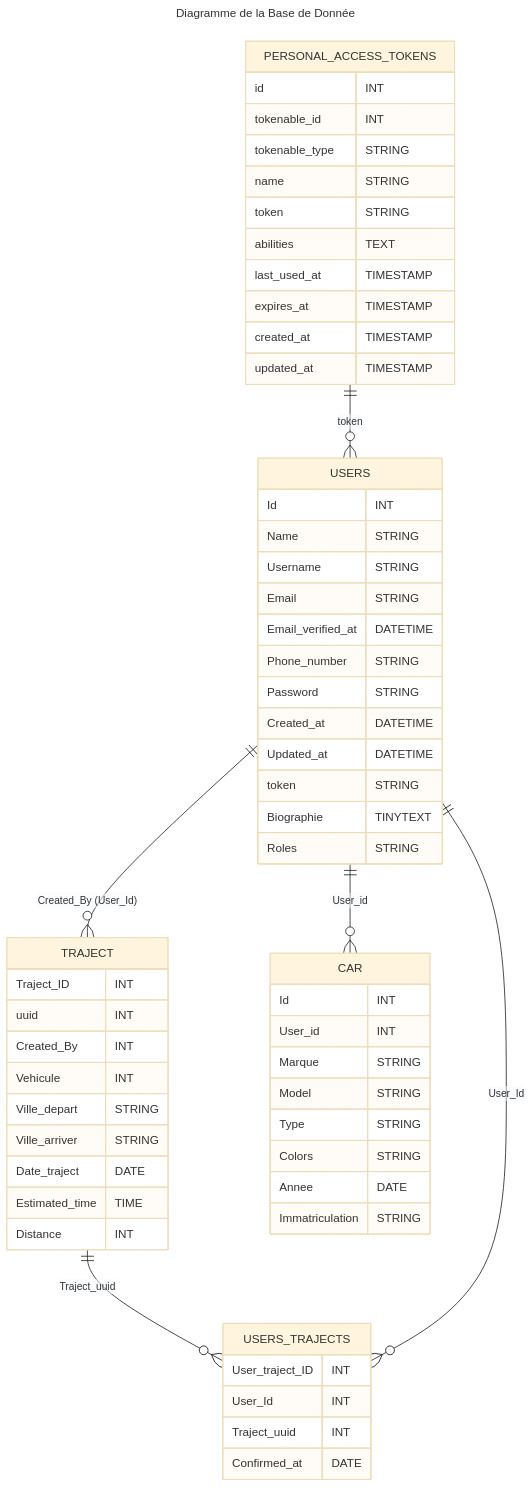
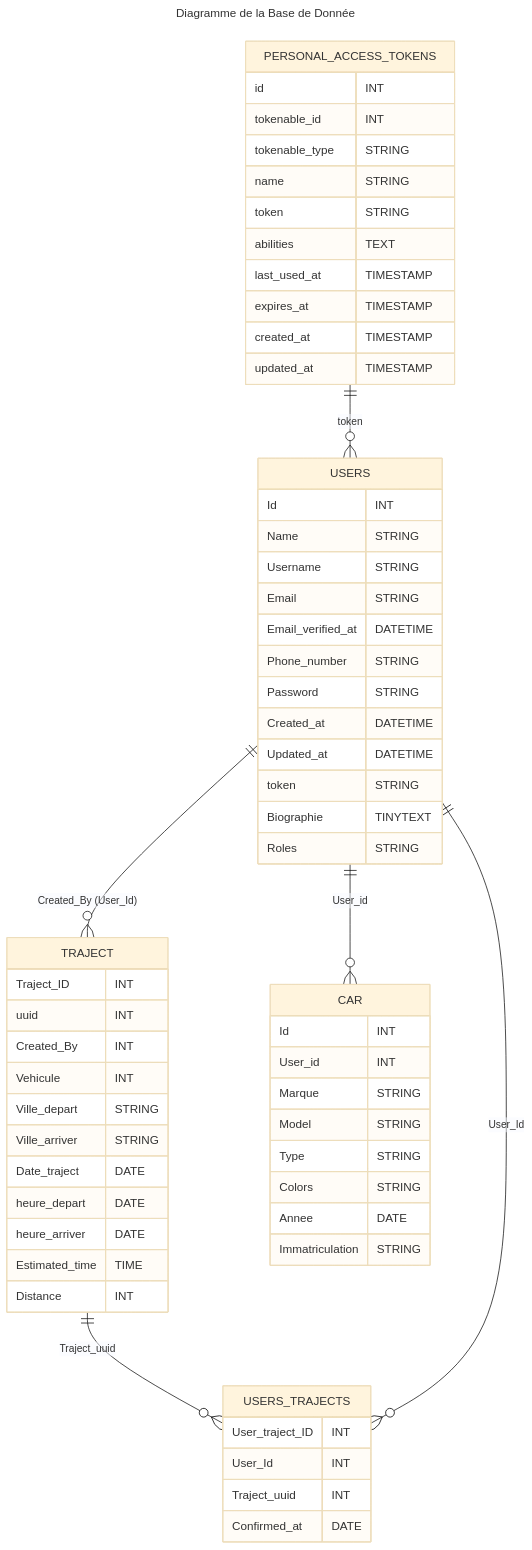
One commit to H-Devs-Inc/Vroomeco changed the diagram in README.md. Above: the diagram before and after it, drawn with Mermaid (base theme). The commit also changed other lines of this file and 4 other files, not shown here.

````diff
--- a/README.md
+++ b/README.md
@@ -87,70 +154,72 @@
 ```mermaid
 ---
 title: Diagramme de la Base de Donnée 
 ---
 erDiagram
     USERS {
         Id INT
         Name STRING
         Username STRING
         Email STRING
         Email_verified_at DATETIME
         Phone_number STRING
         Password STRING
         Created_at DATETIME
         Updated_at DATETIME
         token STRING
         Biographie TINYTEXT
         Roles STRING
     }
 
     TRAJECT {
         Traject_ID INT
         uuid INT
         Created_By INT
         Vehicule INT
         Ville_depart STRING
         Ville_arriver STRING
         Date_traject DATE
+        heure_depart DATE 
+        heure_arriver DATE
         Estimated_time TIME
         Distance INT
     }
 
     USERS_TRAJECTS {
         User_traject_ID INT
         User_Id INT
         Traject_uuid INT
         Confirmed_at DATE
     }
 
     CAR {
         Id INT
         User_id INT
         Marque STRING
         Model STRING
         Type STRING
         Colors STRING
         Annee DATE
         Immatriculation STRING
     }
 
     PERSONAL_ACCESS_TOKENS {
     id INT 
     tokenable_id INT
     tokenable_type STRING
     name STRING
     token STRING 
     abilities TEXT
     last_used_at TIMESTAMP
     expires_at TIMESTAMP
     created_at TIMESTAMP
     updated_at TIMESTAMP
     }
 
     USERS  ||--o{ TRAJECT : "Created_By (User_Id)"
     TRAJECT ||--o{ USERS_TRAJECTS : "Traject_uuid"
     USERS ||--o{ USERS_TRAJECTS : "User_Id"
     USERS ||--o{ CAR : "User_id"
     PERSONAL_ACCESS_TOKENS || --o{ USERS : token
 
 ```
````
